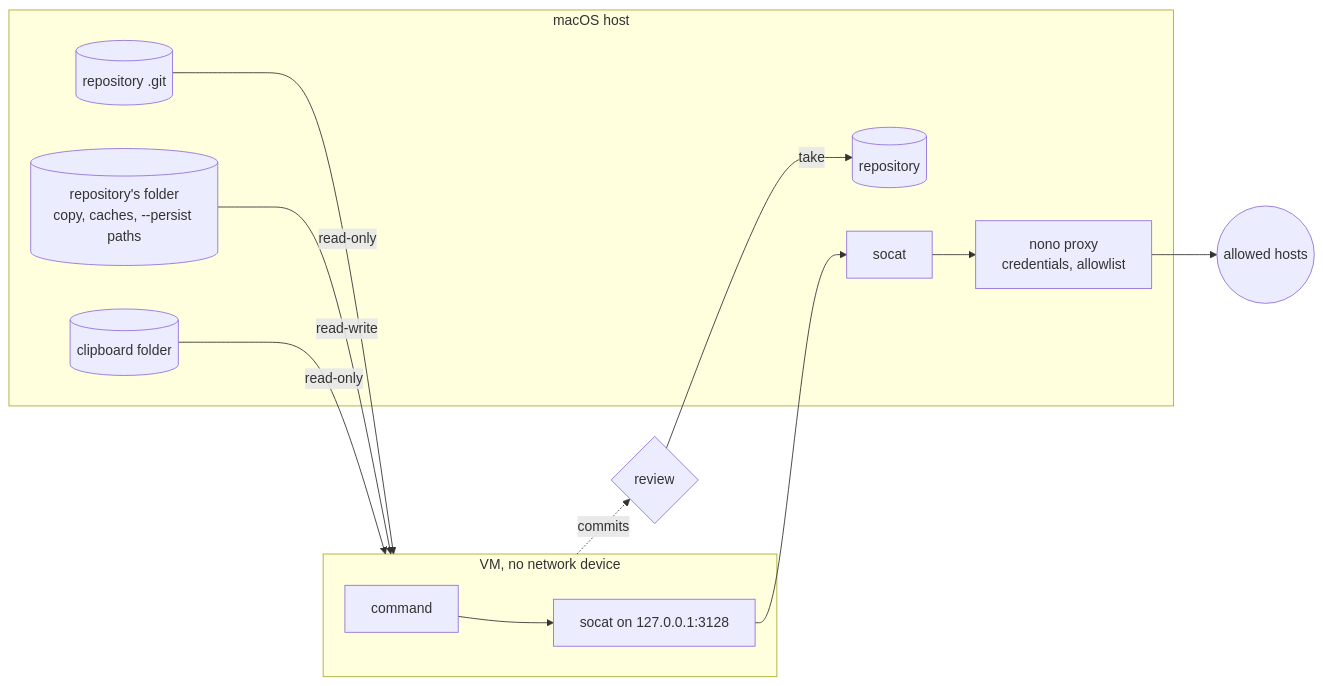
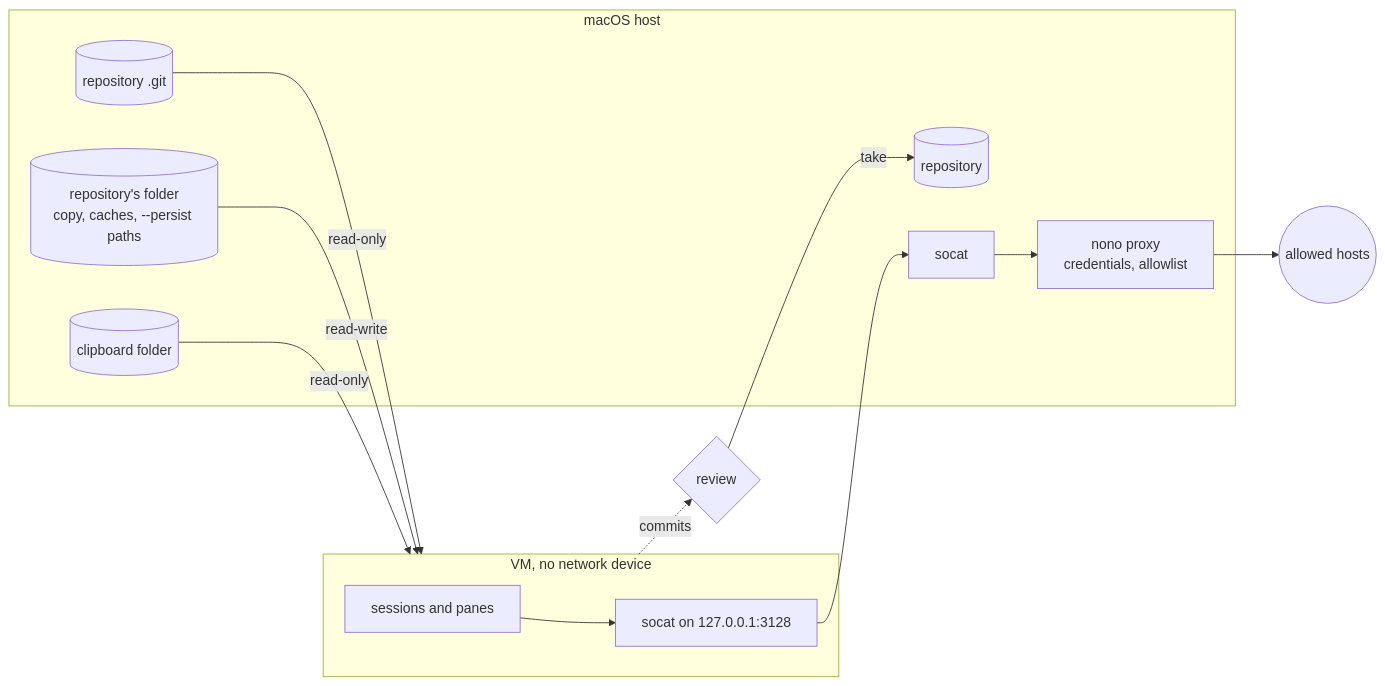
The first of 3 diagrams in modules/agentvm/README.md (frmarkus/dotfiles-xkef), drawn with Mermaid before and after one commit. The commit also changed other lines of this file and 16 other files, not shown here.

````diff
--- a/modules/agentvm/README.md
+++ b/modules/agentvm/README.md
@@ -25,20 +26,20 @@
 ```mermaid
 flowchart LR
   subgraph host[macOS host]
     repo[(repository)]
     git[(repository .git)]
     folder[("repository's folder<br/>copy, caches, --persist paths")]
     clip[(clipboard folder)]
     proxy[nono proxy<br/>credentials, allowlist]
     socat[socat]
   end
   subgraph vm[VM, no network device]
-    cmd[command]
+    cmd[sessions and panes]
     bridge[socat on 127.0.0.1:3128]
   end
   git -- read-only --> vm
   folder -- read-write --> vm
   clip -- read-only --> vm
   cmd --> bridge --> socat --> proxy --> internet((allowed hosts))
   vm -. commits .-> review{review} -- take --> repo
 ```
````
